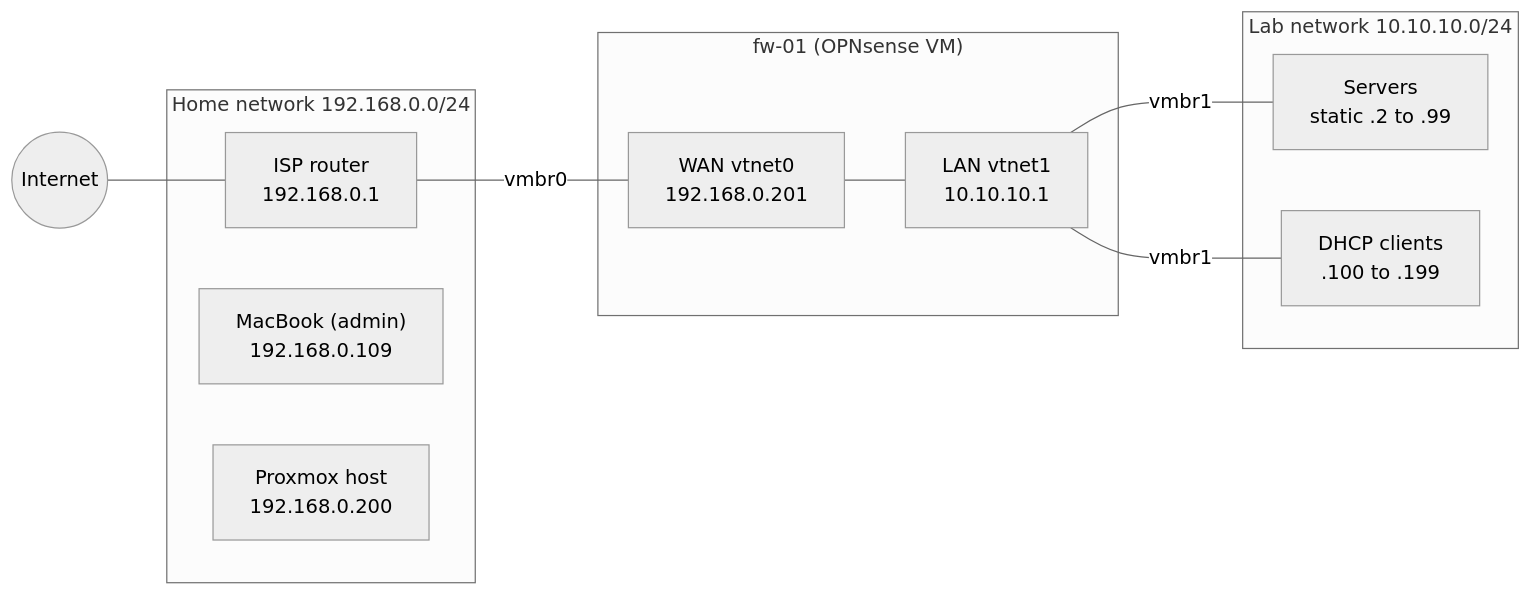
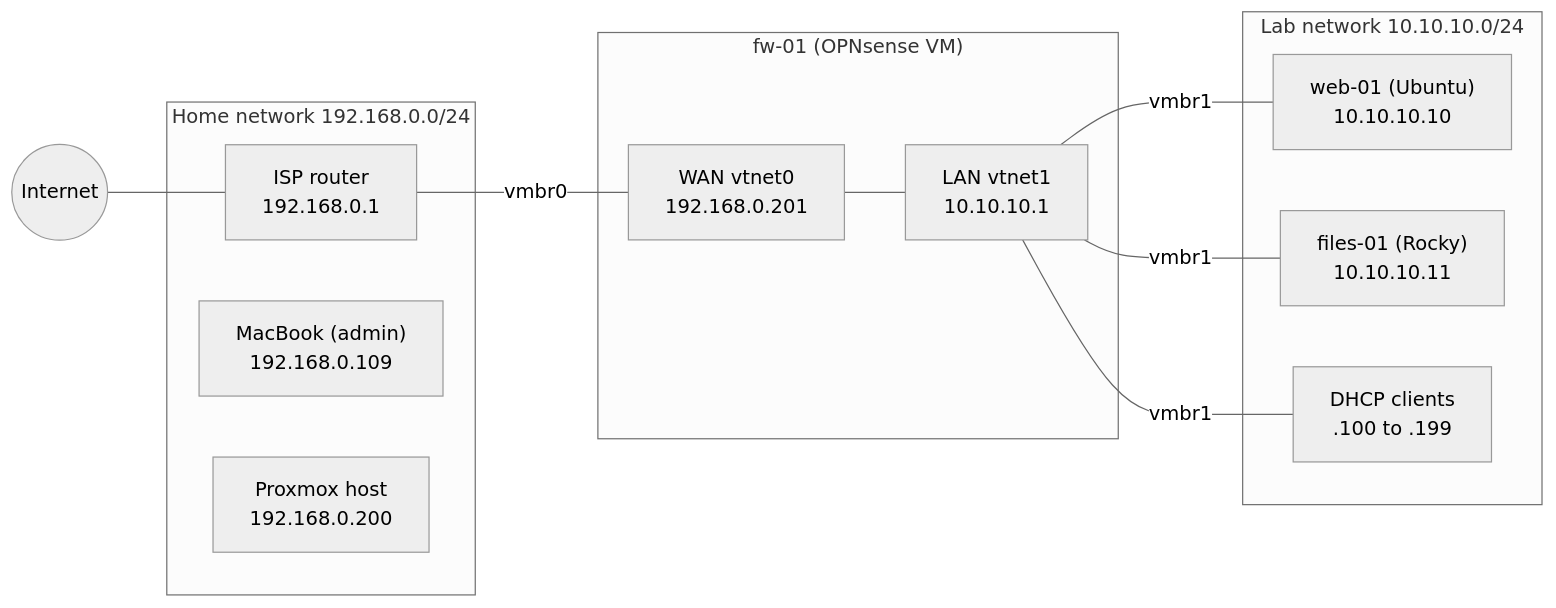
Before and after one commit to nicomts/homelab: the diagram in docs/network.md, drawn with Mermaid (neutral theme). The commit also changed other lines of this file and 14 other files, not shown here.

````diff
--- a/docs/network.md
+++ b/docs/network.md
@@ -5,21 +5,23 @@
 ```mermaid
 flowchart LR
     NET((Internet)) --- ISP
     subgraph HOME["Home network 192.168.0.0/24"]
         ISP["ISP router<br>192.168.0.1"]
         MAC["MacBook (admin)<br>192.168.0.109"]
         PVE["Proxmox host<br>192.168.0.200"]
     end
     subgraph FW["fw-01 (OPNsense VM)"]
         WAN["WAN vtnet0<br>192.168.0.201"]
         LAN["LAN vtnet1<br>10.10.10.1"]
     end
     subgraph LAB["Lab network 10.10.10.0/24"]
-        STATIC["Servers<br>static .2 to .99"]
+        WEB["web-01 (Ubuntu)<br>10.10.10.10"]
+        FILES["files-01 (Rocky)<br>10.10.10.11"]
         DHCP["DHCP clients<br>.100 to .199"]
     end
     ISP ---|vmbr0| WAN
     WAN --- LAN
-    LAN ---|vmbr1| STATIC
+    LAN ---|vmbr1| WEB
+    LAN ---|vmbr1| FILES
     LAN ---|vmbr1| DHCP
 ```
````
